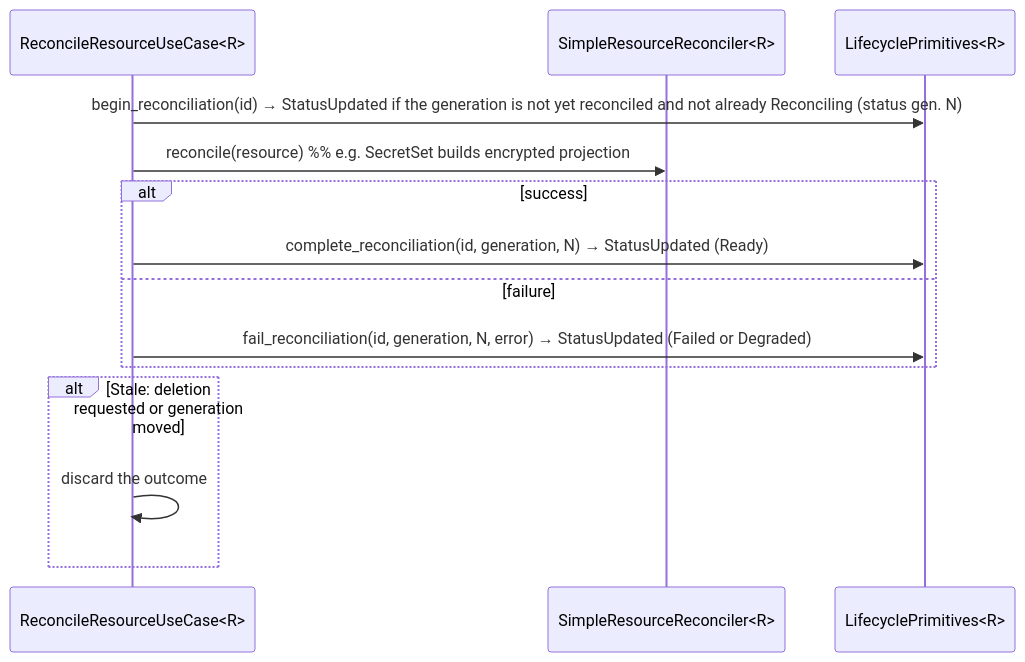
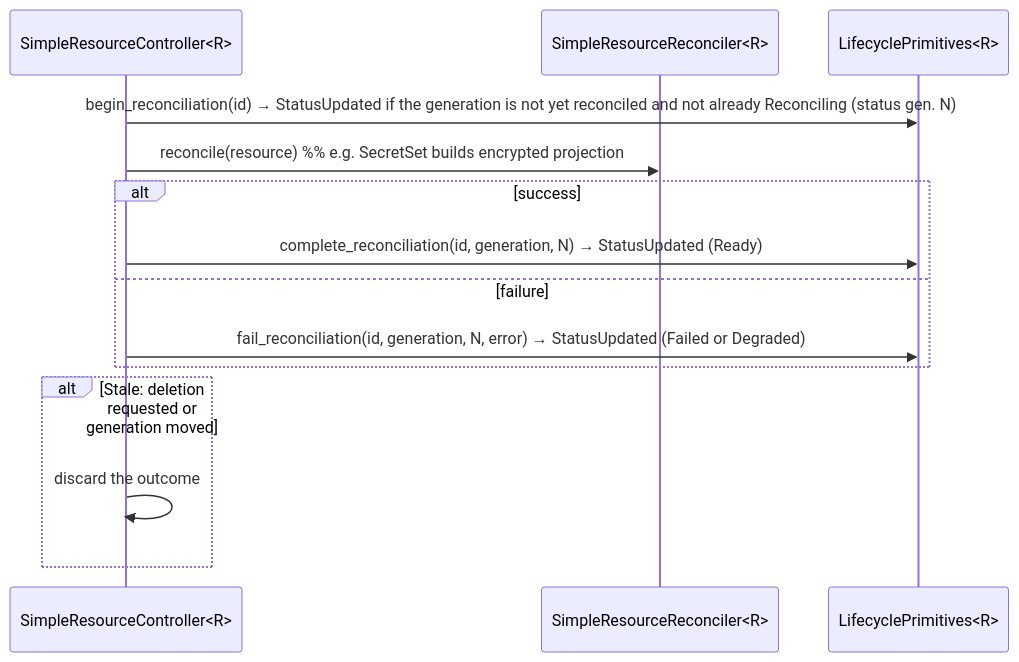
Before and after one commit to kamu-data/kamu-cli: the third of 6 diagrams in docs/internal/resources-framework.md, drawn with Mermaid. The commit also changed other lines of this file and 19 other files, not shown here.

Commit message:
SimpleResourceController owns reconciliation and cleanup transactions

````diff
--- a/docs/internal/resources-framework.md
+++ b/docs/internal/resources-framework.md
@@ -1401,17 +1409,17 @@
 ```mermaid
 sequenceDiagram
-    participant UC as ReconcileResourceUseCase<R>
+    participant A as SimpleResourceController<R>
     participant Ctl as SimpleResourceReconciler<R>
     participant P as LifecyclePrimitives<R>
 
-    UC->>P: begin_reconciliation(id) → StatusUpdated if the generation is not yet reconciled and not already Reconciling (status gen. N)
-    UC->>Ctl: reconcile(resource)  %% e.g. SecretSet builds encrypted projection
+    A->>P: begin_reconciliation(id) → StatusUpdated if the generation is not yet reconciled and not already Reconciling (status gen. N)
+    A->>Ctl: reconcile(resource)  %% e.g. SecretSet builds encrypted projection
     alt success
-        UC->>P: complete_reconciliation(id, generation, N) → StatusUpdated (Ready)
+        A->>P: complete_reconciliation(id, generation, N) → StatusUpdated (Ready)
     else failure
-        UC->>P: fail_reconciliation(id, generation, N, error) → StatusUpdated (Failed or Degraded)
+        A->>P: fail_reconciliation(id, generation, N, error) → StatusUpdated (Failed or Degraded)
     end
     alt Stale: deletion requested or generation moved
-        UC->>UC: discard the outcome
+        A->>A: discard the outcome
     end
 ```
````
